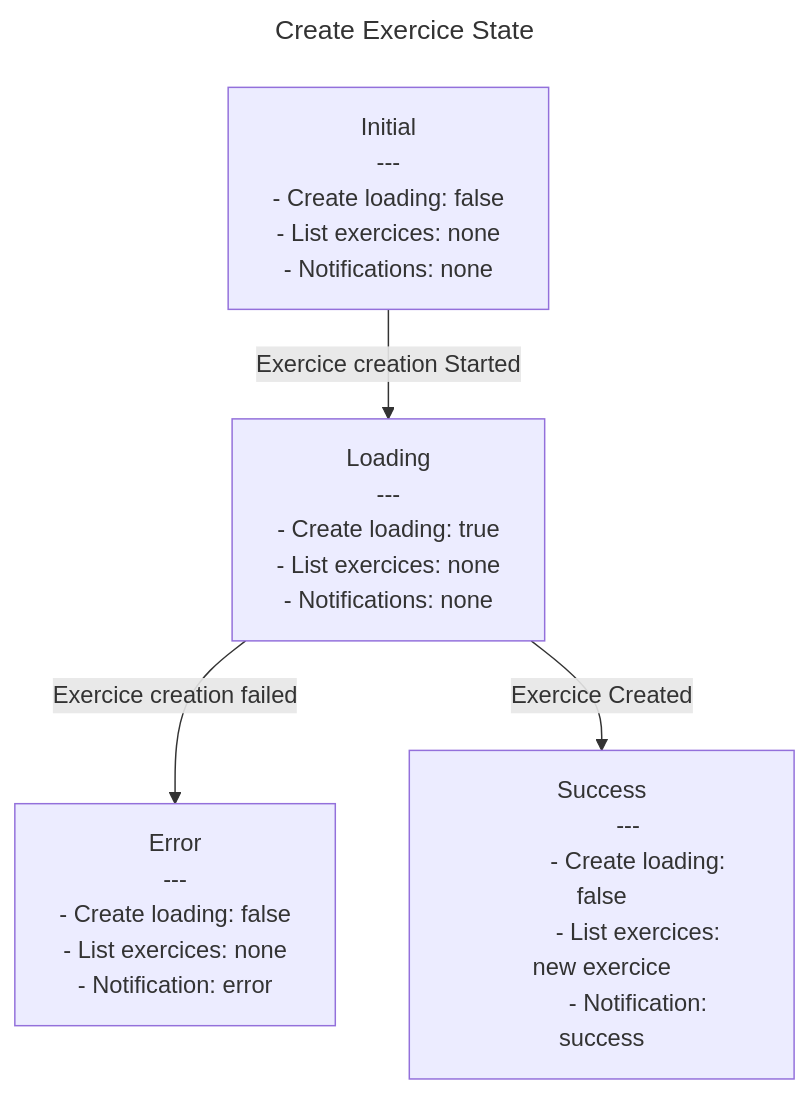
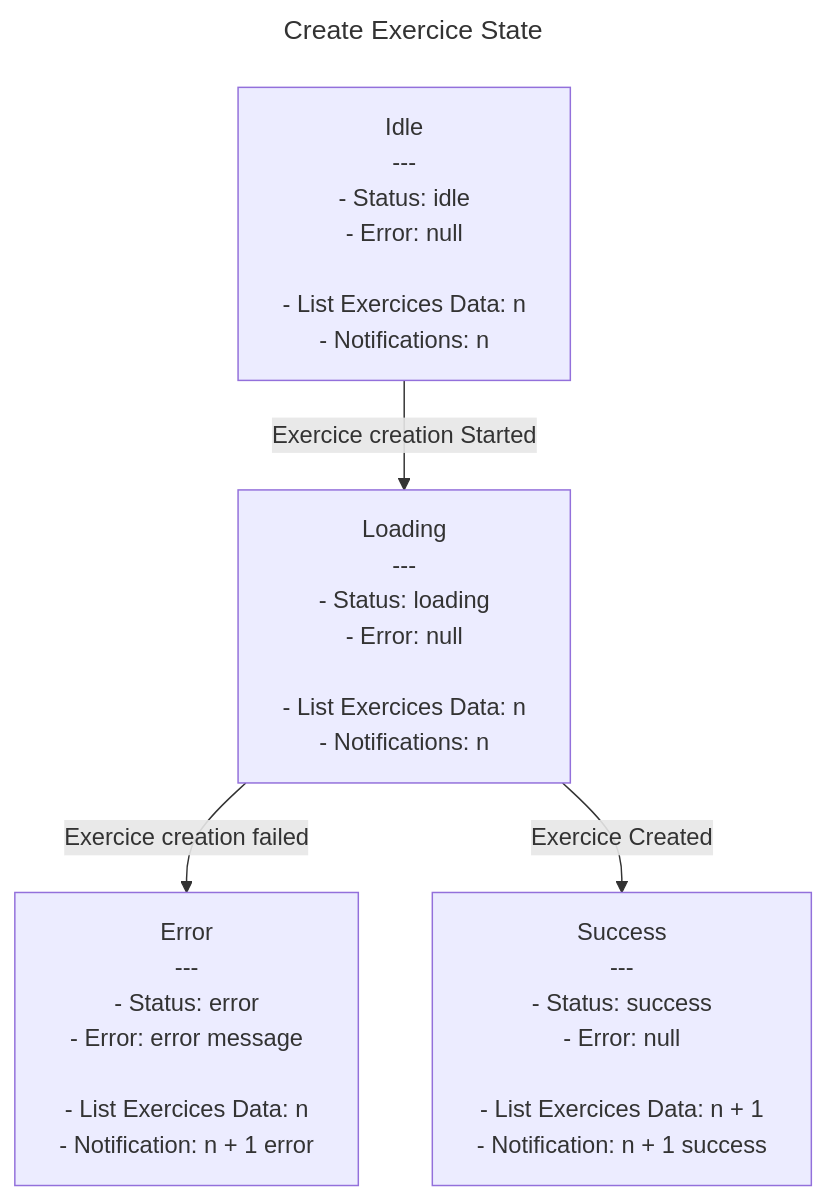
Before and after one commit to davidroberto/react-redux-clean-architecture-tdd-eda-vertical-slices: the diagram in src/exercice/features/create-exercice/create-exercice.state-machine.md, drawn with Mermaid. The commit also changed 27 other files, not shown here.

Commit message:
refactor: update state tree with with better application model: data / status / error

````diff
--- a/src/exercice/features/create-exercice/create-exercice.state-machine.md
+++ b/src/exercice/features/create-exercice/create-exercice.state-machine.md
@@ -1,43 +1,51 @@
 ```mermaid
 ---
 title: Create Exercice State
 ---
 
 flowchart TD
     A[
-        Initial
+        Idle
         ---
-            - Create loading: false
-            - List exercices: none
-            - Notifications: none
+            - Status: idle
+            - Error: null
+            
+            - List Exercices Data: n
+            - Notifications: n
     ]
 
     B[
         Loading
         ---
-            - Create loading: true
-            - List exercices: none
-            - Notifications: none
+            - Status: loading
+            - Error: null
+        
+            - List Exercices Data: n
+            - Notifications: n
     ]
 
     C[
         Error
         ---
-            - Create loading: false
-            - List exercices: none
-            - Notification: error
+            - Status: error
+            - Error: error message
+            
+            - List Exercices Data: n
+            - Notification: n + 1 error
     ]
 
     D[
         Success
         ---
-            - Create loading: false
-            - List exercices: new exercice
-            - Notification: success
+            - Status: success
+            - Error: null
+
+            - List Exercices Data: n + 1 
+            - Notification: n + 1 success
     ]
 
     A -->|Exercice creation Started|B
     B -->|Exercice creation failed|C
     B -->|Exercice Created|D
 
 ```
````
